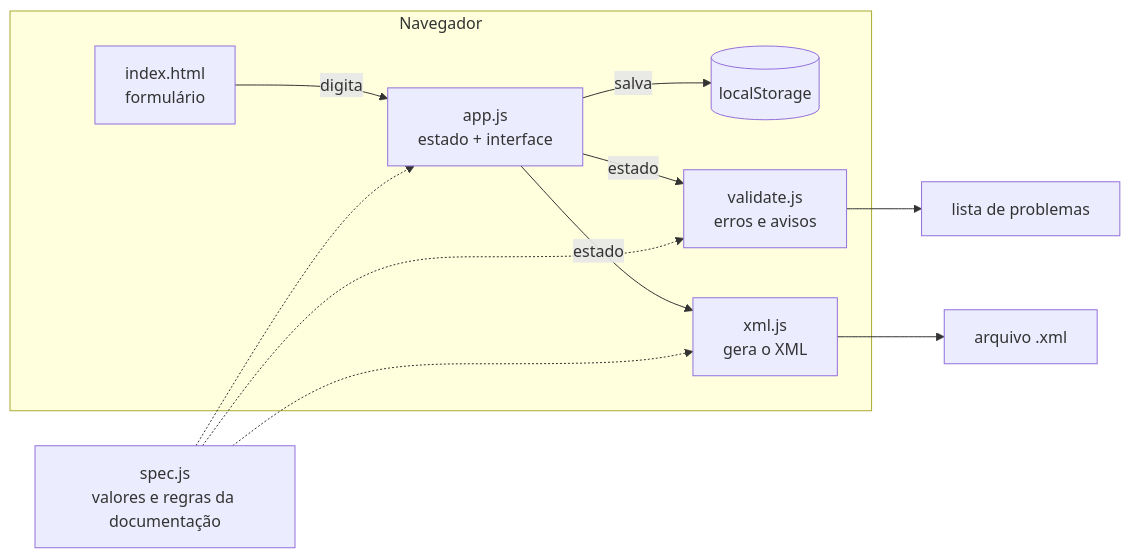
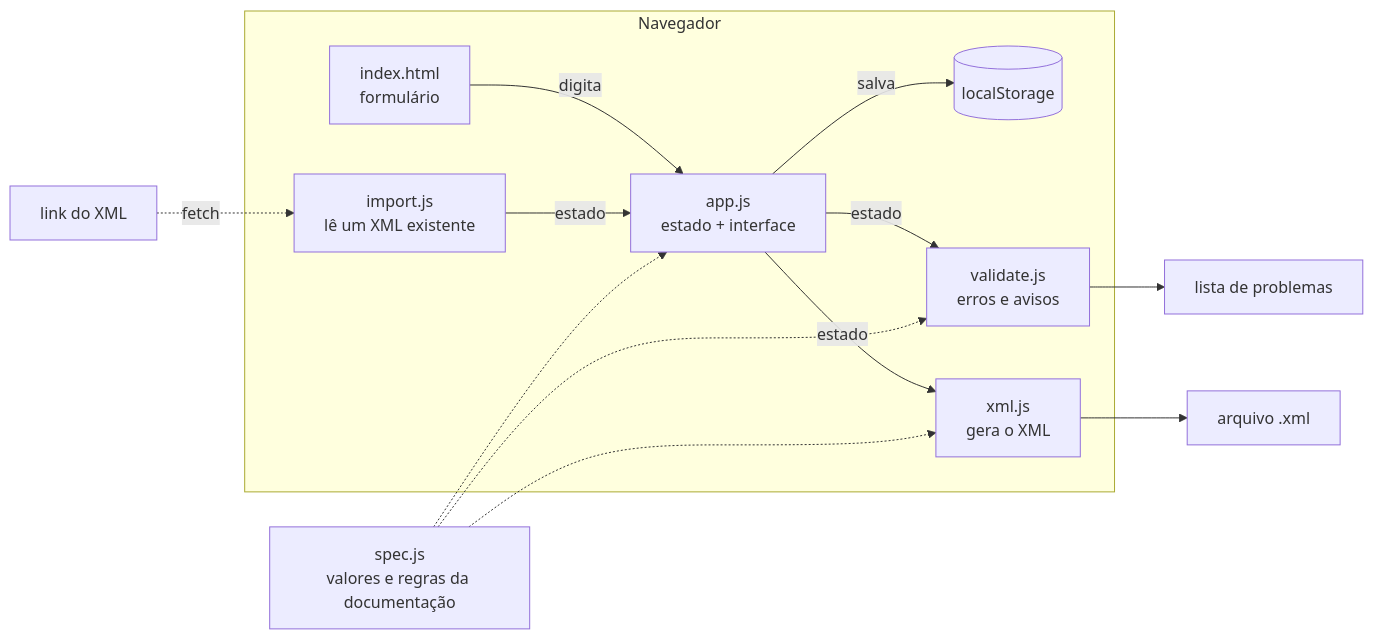
Before and after one commit to theowari/Criador-de-XML-Padr-o-VRSync: the diagram in README.md, drawn with Mermaid. The commit also changed other lines of this file and 4 other files, not shown here.

First line of the commit message:
Add existing XML import support

````diff
--- a/README.md
+++ b/README.md
@@ -765,14 +795,16 @@
 ```mermaid
 flowchart LR
     subgraph Navegador
         F["index.html<br/>formulário"] -->|"digita"| A["app.js<br/>estado + interface"]
         A -->|"salva"| LS[("localStorage")]
         A -->|"estado"| V["validate.js<br/>erros e avisos"]
         A -->|"estado"| X["xml.js<br/>gera o XML"]
+        I["import.js<br/>lê um XML existente"] -->|"estado"| A
     end
+    L["link do XML"] -.->|"fetch"| I
     S["spec.js<br/>valores e regras da documentação"] -.-> A
     S -.-> V
     S -.-> X
     V --> R["lista de problemas"]
     X --> O["arquivo .xml"]
 ```
````
